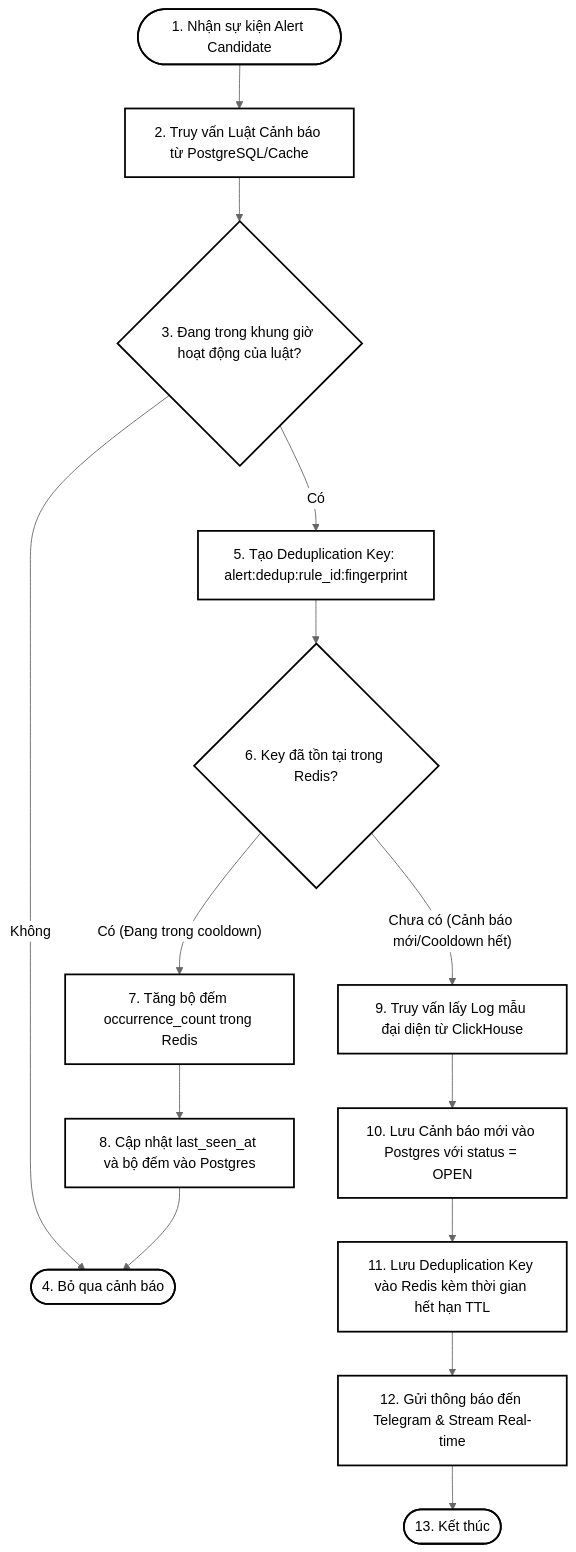
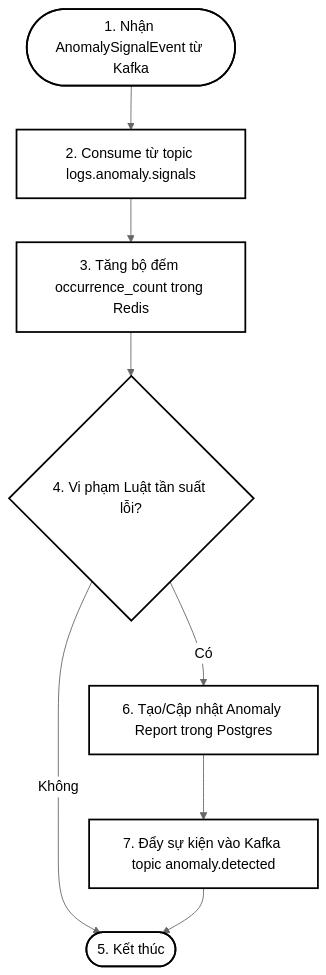
Before and after one commit to nguyentrongduc2005/log-monitoring-system: the eighth of 14 diagrams in detailed-diagrams.md, drawn with Mermaid (neutral theme). The commit also changed other lines of this file, not shown here.

Commit message:
docs: restructure anomaly detection diagrams to separate metric and log detection paths

````diff
--- a/detailed-diagrams.md
+++ b/detailed-diagrams.md
@@ -368,25 +324,16 @@
 ```mermaid
 graph TD
-    Start([1. Nhận sự kiện Alert Candidate]) --> FetchRule[2. Truy vấn Luật Cảnh báo từ PostgreSQL/Cache]
-    FetchRule --> CheckActiveTime{3. Đang trong khung giờ hoạt động của luật?}
-
-    CheckActiveTime -- Không --> Skip([4. Bỏ qua cảnh báo])
-    CheckActiveTime -- Có --> BuildKey[5. Tạo Deduplication Key: alert:dedup:rule_id:fingerprint]
-
-    BuildKey --> CheckRedis{6. Key đã tồn tại trong Redis?}
-
-    CheckRedis -- Có (Đang trong cooldown) --> IncCounter[7. Tăng bộ đếm occurrence_count trong Redis]
-    IncCounter --> UpdateAlert[8. Cập nhật last_seen_at và bộ đếm vào Postgres]
-    UpdateAlert --> Skip
-
-    CheckRedis -- Chưa có (Cảnh báo mới/Cooldown hết) --> QueryCH[9. Truy vấn lấy Log mẫu đại diện từ ClickHouse]
-    QueryCH --> SaveAlert[10. Lưu Cảnh báo mới vào Postgres với status = OPEN]
-    SaveAlert --> SetRedis[11. Lưu Deduplication Key vào Redis kèm thời gian hết hạn TTL]
-    SetRedis --> SendNoti[12. Gửi thông báo đến Telegram & Stream Real-time]
-    SendNoti --> End([13. Kết thúc])
+    StartLog([1. Nhận AnomalySignalEvent từ Kafka]) --> ConsumeLog[2. Consume từ topic logs.anomaly.signals]
+    ConsumeLog --> IncRedis[3. Tăng bộ đếm occurrence_count trong Redis]
+    IncRedis --> EvaluateLogs{4. Vi phạm Luật tần suất lỗi?}
+    
+    EvaluateLogs -- Không --> EndLog([5. Kết thúc])
+    EvaluateLogs -- Có --> CreateLogReport[6. Tạo/Cập nhật Anomaly Report trong Postgres]
+    CreateLogReport --> WriteKafkaLog[7. Đẩy sự kiện vào Kafka topic anomaly.detected]
+    WriteKafkaLog --> EndLog
 
     classDef step fill:#ffffff,stroke:#000000,stroke-width:2px,color:#000000;
     classDef decision fill:#ffffff,stroke:#000000,stroke-width:2px,color:#000000;
-    class Start,FetchRule,BuildKey,IncCounter,UpdateAlert,QueryCH,SaveAlert,SetRedis,SendNoti,End,Skip step;
-    class CheckActiveTime,CheckRedis decision;
+    class StartLog,ConsumeLog,IncRedis,CreateLogReport,WriteKafkaLog,EndLog step;
+    class EvaluateLogs decision;
 ```
````
